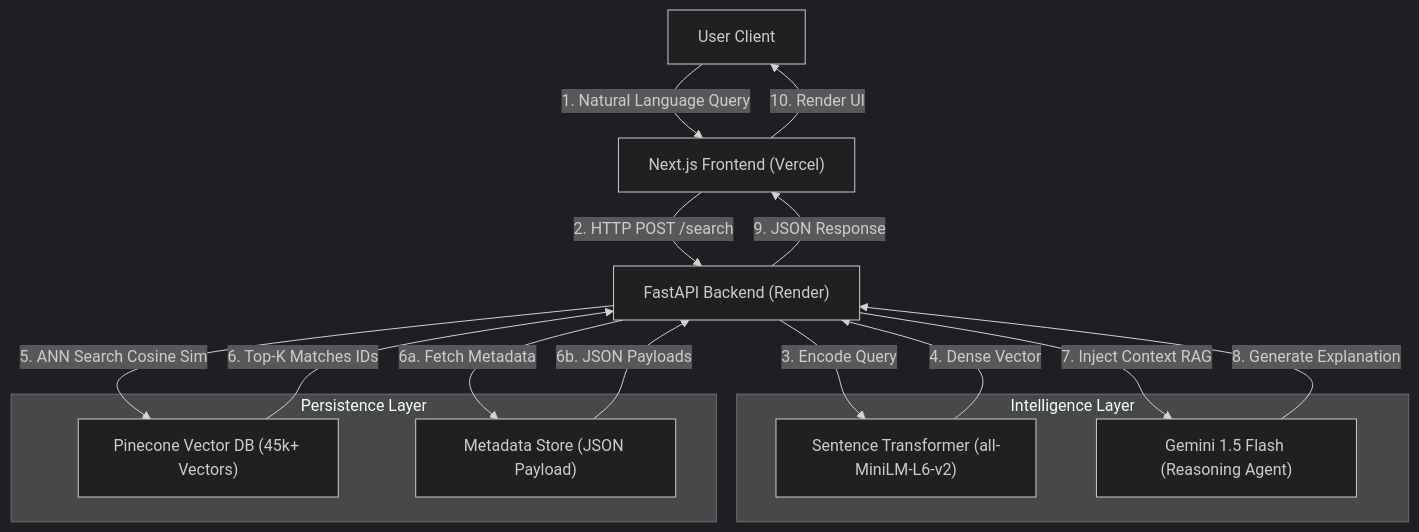
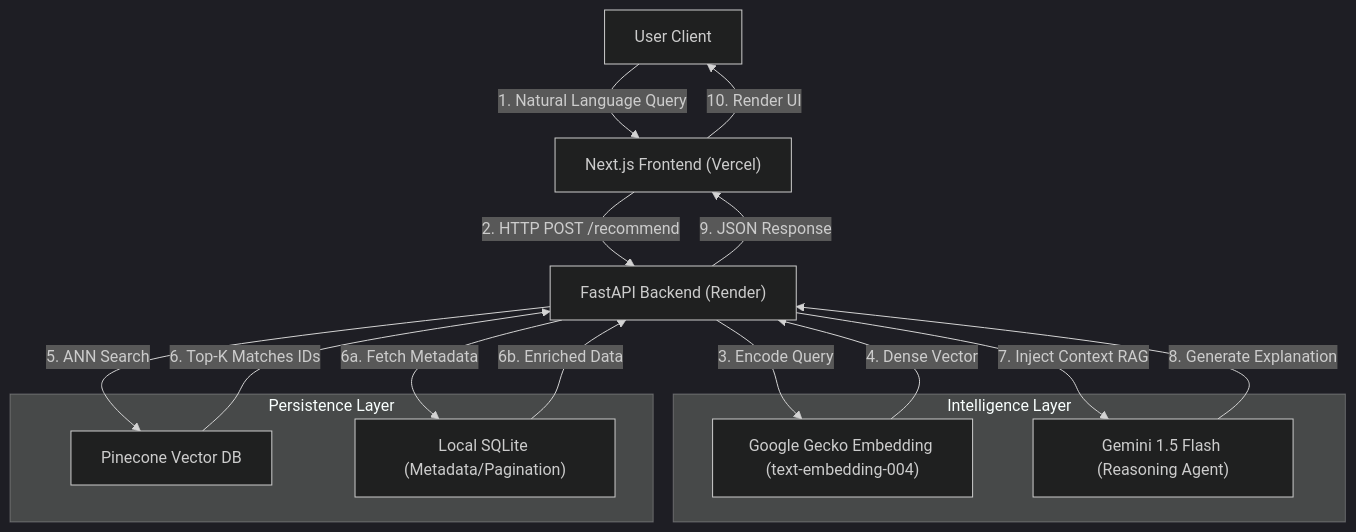
The diagram in README.md (Agrannya-Singh/Sematic-Recommendation-Service), drawn with Mermaid (dark theme) before and after one commit. The commit also changed other lines of this file and 9 other files, not shown here.

````diff
--- a/README.md
+++ b/README.md
@@ -21,35 +21,35 @@
 ```mermaid
 graph TD
     %% Nodes
     User["User Client"]
     FE["Next.js Frontend (Vercel)"]
     API["FastAPI Backend (Render)"]
    
     subgraph Intelligence Layer
-        Embed["Sentence Transformer (all-MiniLM-L6-v2)"]
+        Embed["Google Gecko Embedding (text-embedding-004)"]
         LLM["Gemini 1.5 Flash (Reasoning Agent)"]
     end
    
     subgraph Persistence Layer
-        VectorDB["Pinecone Vector DB (45k+ Vectors)"]
-        Metadata["Metadata Store (JSON Payload)"]
+        VectorDB["Pinecone Vector DB"]
+        SQLite["Local SQLite (Metadata/Pagination)"]
     end
     %% Edge Connections
     User -->|1. Natural Language Query| FE
-    FE -->|2. HTTP POST /search| API
+    FE -->|2. HTTP POST /recommend| API
    
     API -->|3. Encode Query| Embed
     Embed -->|4. Dense Vector | API
    
-    API -->|5. ANN Search Cosine Sim| VectorDB
+    API -->|5. ANN Search| VectorDB
     VectorDB -->|6. Top-K Matches IDs| API
    
-    API -->|6a. Fetch Metadata| Metadata
-    Metadata -->|6b. JSON Payloads| API
+    API -->|6a. Fetch Metadata| SQLite
+    SQLite -->|6b. Enriched Data| API
    
     API -->|7. Inject Context RAG| LLM
     LLM -->|8. Generate Explanation| API
    
     API -->|9. JSON Response| FE
     FE -->|10. Render UI| User
 ```
````
